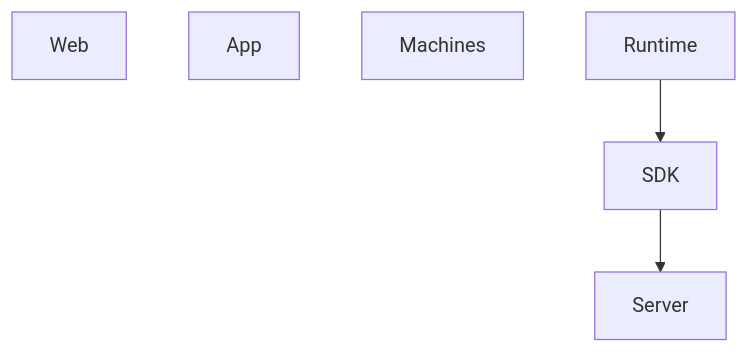
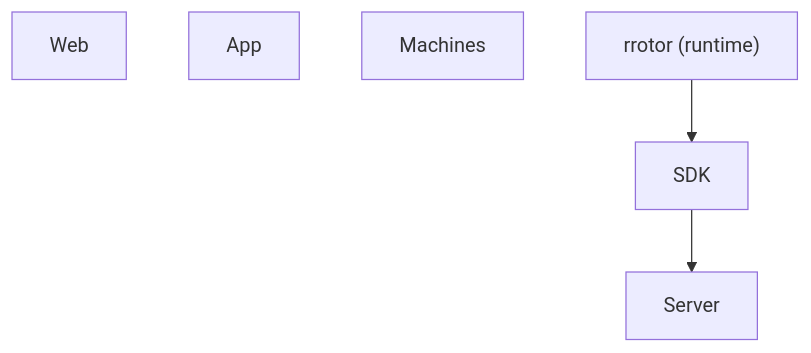
Before and after one commit to glyphh-ai/server: the diagram in docs/architecture.md, drawn with Mermaid.

Commit message:
Architecture: the runtime is rrotor

````diff
--- a/docs/architecture.md
+++ b/docs/architecture.md
@@ -3,7 +3,7 @@
 ```mermaid
 flowchart TB
     Web
     App
     Machines
-    Runtime --> SDK --> Server
+    Runtime["rrotor (runtime)"] --> SDK --> Server
 ```
````
